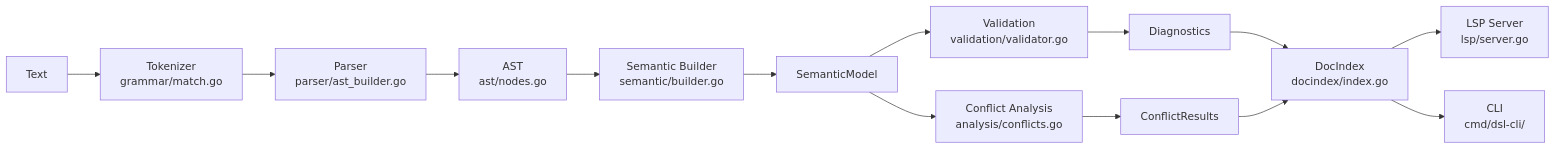
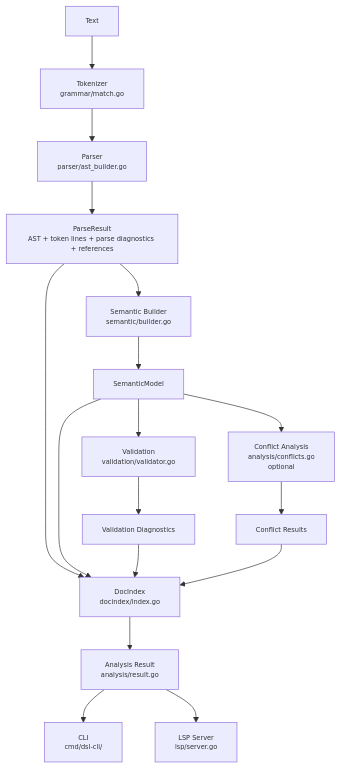
The diagram in docs/content/docs/dev/index.mdx (brogergvhs/value-dsl), drawn with Mermaid before and after one commit. The commit also changed other lines of this file, not shown here.

Commit message:
ref: extended the architecture graph and explanation a bit

````diff
--- a/docs/content/docs/dev/index.mdx
+++ b/docs/content/docs/dev/index.mdx
@@ -10,15 +15,17 @@
 ```mermaid
-flowchart LR
+%%{init: {"themeVariables": {"fontSize": "10px"}} }%%
+flowchart
   T[Text] --> Tok["Tokenizer\ngrammar/match.go"]
   Tok --> P["Parser\nparser/ast_builder.go"]
-  P --> AST["AST\nast/nodes.go"]
-  AST --> SB["Semantic Builder\nsemantic/builder.go"]
+  P --> PR["ParseResult\nAST + token lines + parse diagnostics + references"]
+  PR --> SB["Semantic Builder\nsemantic/builder.go"]
   SB --> SM[SemanticModel]
   SM --> V["Validation\nvalidation/validator.go"]
-  V --> D[Diagnostics]
-  SM --> CA["Conflict Analysis\nanalysis/conflicts.go"]
-  CA --> CR[ConflictResults]
-  D & CR --> DI["DocIndex\ndocindex/index.go"]
-  DI --> LSP["LSP Server\nlsp/server.go"]
-  DI --> CLI["CLI\ncmd/dsl-cli/"]
+  V --> D[Validation Diagnostics]
+  SM --> CA["Conflict Analysis\nanalysis/conflicts.go\noptional"]
+  CA --> CR[Conflict Results]
+  PR & SM & D & CR --> DI["DocIndex\ndocindex/index.go"]
+  DI --> R["Analysis Result\nanalysis/result.go"]
+  R --> CLI["CLI\ncmd/dsl-cli/"]
+  R --> LSP["LSP Server\nlsp/server.go"]
 ```
````
